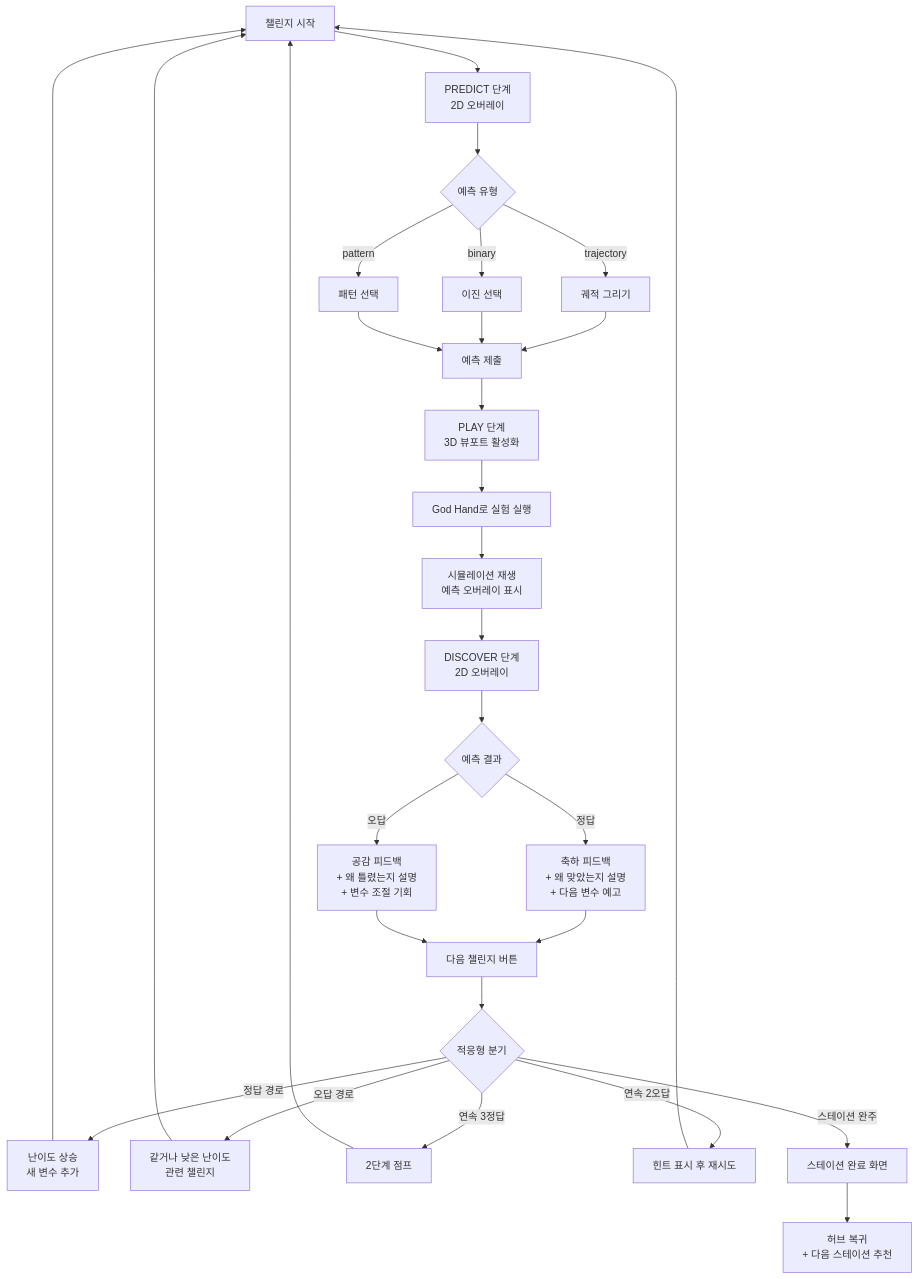
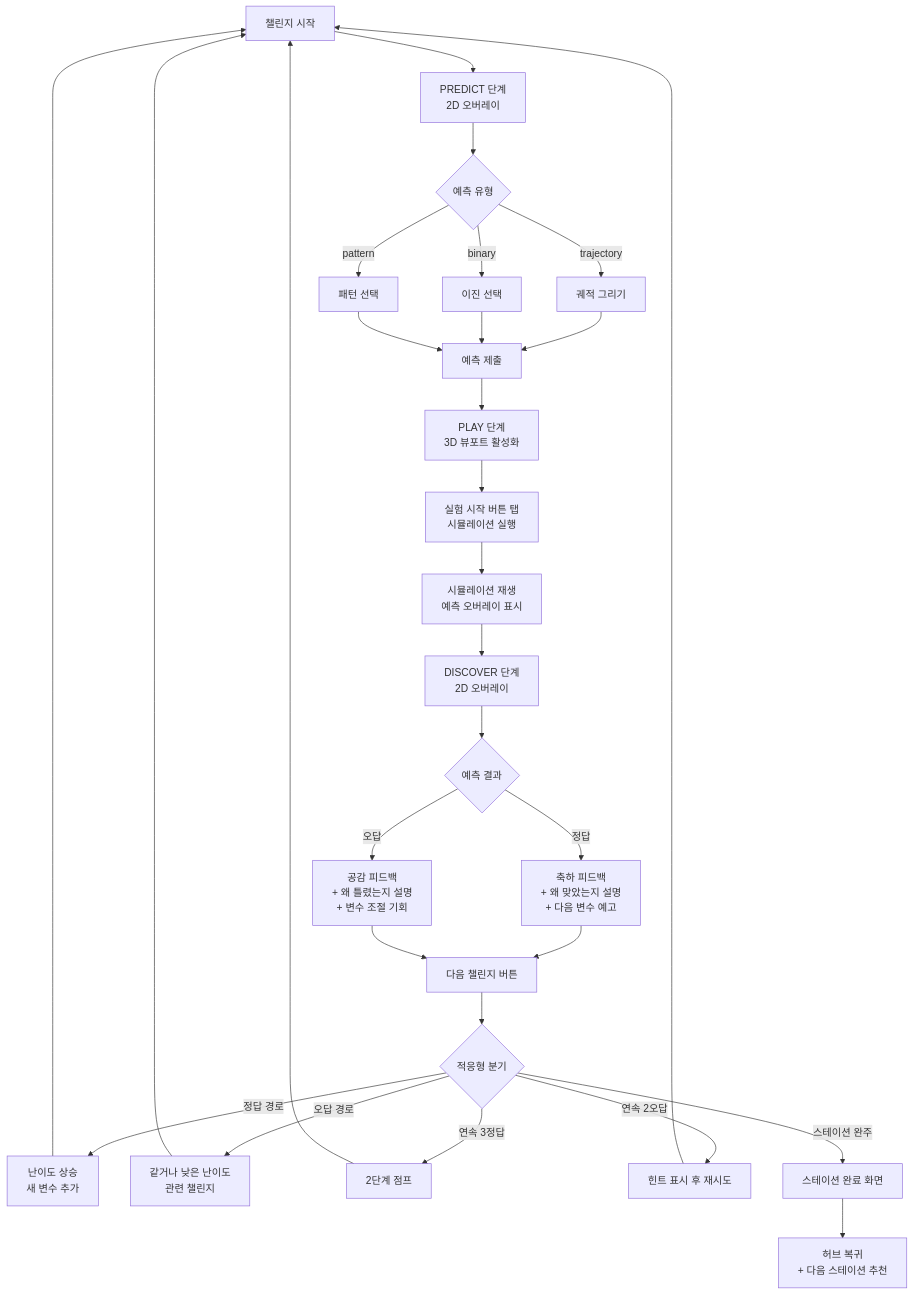
The third of 4 diagrams in docs/ux-design.md (zzoohub/phys-play), drawn with Mermaid before and after one commit. The commit also changed other lines of this file and 45 other files, not shown here.

````diff
--- a/docs/ux-design.md
+++ b/docs/ux-design.md
@@ -205,31 +205,31 @@
 ```mermaid
 graph TD
     A[챌린지 시작] --> B[PREDICT 단계<br/>2D 오버레이]
     B --> B1{예측 유형}
     B1 -->|trajectory| B2[궤적 그리기]
     B1 -->|binary| B3[이진 선택]
     B1 -->|pattern| B4[패턴 선택]
     B2 --> C[예측 제출]
     B3 --> C
     B4 --> C
     C --> D[PLAY 단계<br/>3D 뷰포트 활성화]
-    D --> D1[God Hand로 실험 실행]
+    D --> D1[실험 시작 버튼 탭<br/>시뮬레이션 실행]
     D1 --> D2[시뮬레이션 재생<br/>예측 오버레이 표시]
     D2 --> E[DISCOVER 단계<br/>2D 오버레이]
     E --> E1{예측 결과}
     E1 -->|정답| F1[축하 피드백<br/>+ 왜 맞았는지 설명<br/>+ 다음 변수 예고]
     E1 -->|오답| F2[공감 피드백<br/>+ 왜 틀렸는지 설명<br/>+ 변수 조절 기회]
     F1 --> G[다음 챌린지 버튼]
     F2 --> G
     G --> G1{적응형 분기}
     G1 -->|정답 경로| H1[난이도 상승<br/>새 변수 추가]
     G1 -->|오답 경로| H2[같거나 낮은 난이도<br/>관련 챌린지]
     G1 -->|연속 3정답| H3[2단계 점프]
     G1 -->|연속 2오답| H4[힌트 표시 후 재시도]
     G1 -->|스테이션 완주| I[스테이션 완료 화면]
     H1 --> A
     H2 --> A
     H3 --> A
     H4 --> A
     I --> J[허브 복귀<br/>+ 다음 스테이션 추천]
 ```
````
